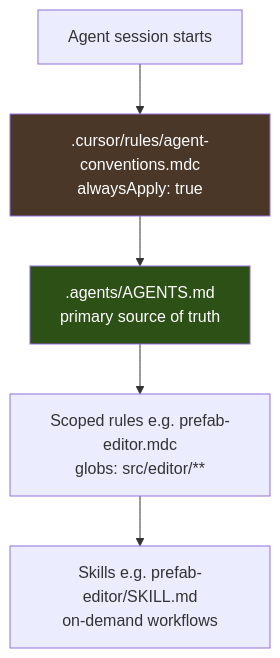
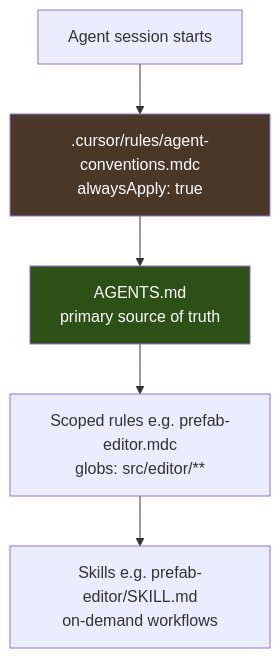
Before and after one commit to AlanGreyjoy/claudecitizen: the third of 4 diagrams in docs/docs/engineering/physical-guards.md, drawn with Mermaid. The commit also changed other lines of this file and 18 other files, not shown here.

````diff
--- a/docs/docs/engineering/physical-guards.md
+++ b/docs/docs/engineering/physical-guards.md
@@ -185,11 +185,11 @@
 ```mermaid
 flowchart TB
   Session[Agent session starts]
   Session --> Always[".cursor/rules/agent-conventions.mdc<br/>alwaysApply: true"]
-  Always --> Agents[".agents/AGENTS.md<br/>primary source of truth"]
+  Always --> Agents["AGENTS.md<br/>primary source of truth"]
   Agents --> Globs["Scoped rules e.g. prefab-editor.mdc<br/>globs: src/editor/**"]
   Globs --> Skills["Skills e.g. prefab-editor/SKILL.md<br/>on-demand workflows"]
 
   style Always fill:#4a3728,color:#fff
   style Agents fill:#2d5016,color:#fff
 ```
````
